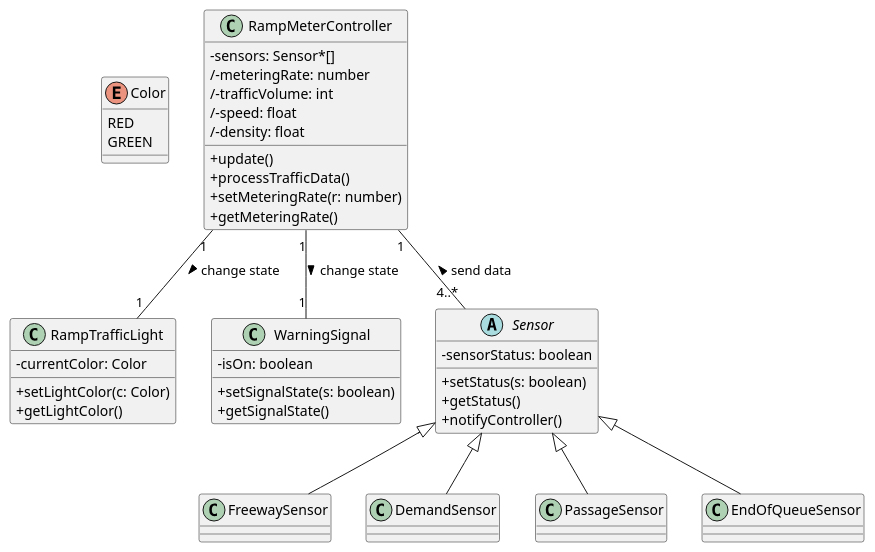
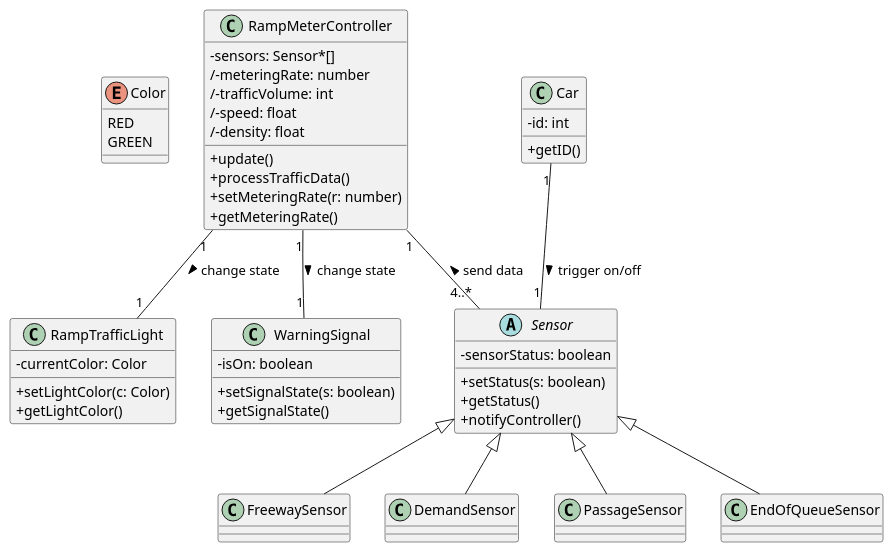
The diagram in 01_RequirementsChecking/diagrams/class_diagram.puml (MaksimKarnaukh/MoSIS), drawn with PlantUML before and after one commit. The commit also changed 2 other files, not shown here.

```diff
--- a/01_RequirementsChecking/diagrams/class_diagram.puml
+++ b/01_RequirementsChecking/diagrams/class_diagram.puml
@@ -1,59 +1,66 @@
 @startuml
 skinparam classAttributeIconSize 0
 
 enum Color {
 RED
 GREEN
 }
 
 class RampMeterController {
 -sensors: Sensor*[]
 /-meteringRate: number
 /-trafficVolume: int
 /-speed: float
 /-density: float
 +update()
 +processTrafficData()
 +setMeteringRate(r: number)
 +getMeteringRate()
 }
 
 class RampTrafficLight {
 -currentColor: Color
 +setLightColor(c: Color)
 +getLightColor()
 }
 
 class WarningSignal {
 -isOn: boolean
 +setSignalState(s: boolean)
 +getSignalState()
 }
 
 abstract class Sensor {
 -sensorStatus: boolean
 +setStatus(s: boolean)
 +getStatus()
 +notifyController()
 }
 
 class FreewaySensor {
 }
 class DemandSensor {
 }
 class PassageSensor {
 }
 class EndOfQueueSensor {
 }
 
+class Car {
+-id: int
++getID()
+}
+
+Car "1" -- "1" Sensor : trigger on/off >
+
 Sensor <|-- FreewaySensor
 Sensor <|-- DemandSensor
 Sensor <|-- PassageSensor
 Sensor <|-- EndOfQueueSensor
 
 RampMeterController "1" -- "4..*" Sensor : send data <
 
 RampMeterController "1" -- "1" RampTrafficLight : change state >
 RampMeterController "1" -- "1" WarningSignal : change state >
 
 @enduml
```
